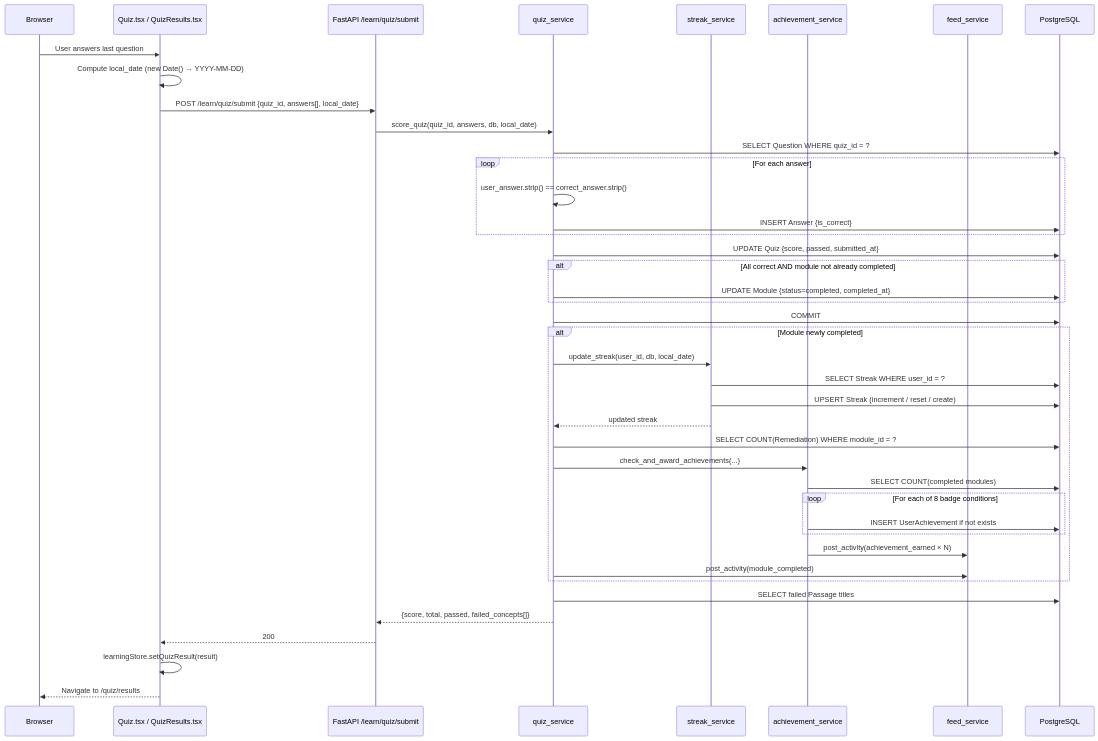
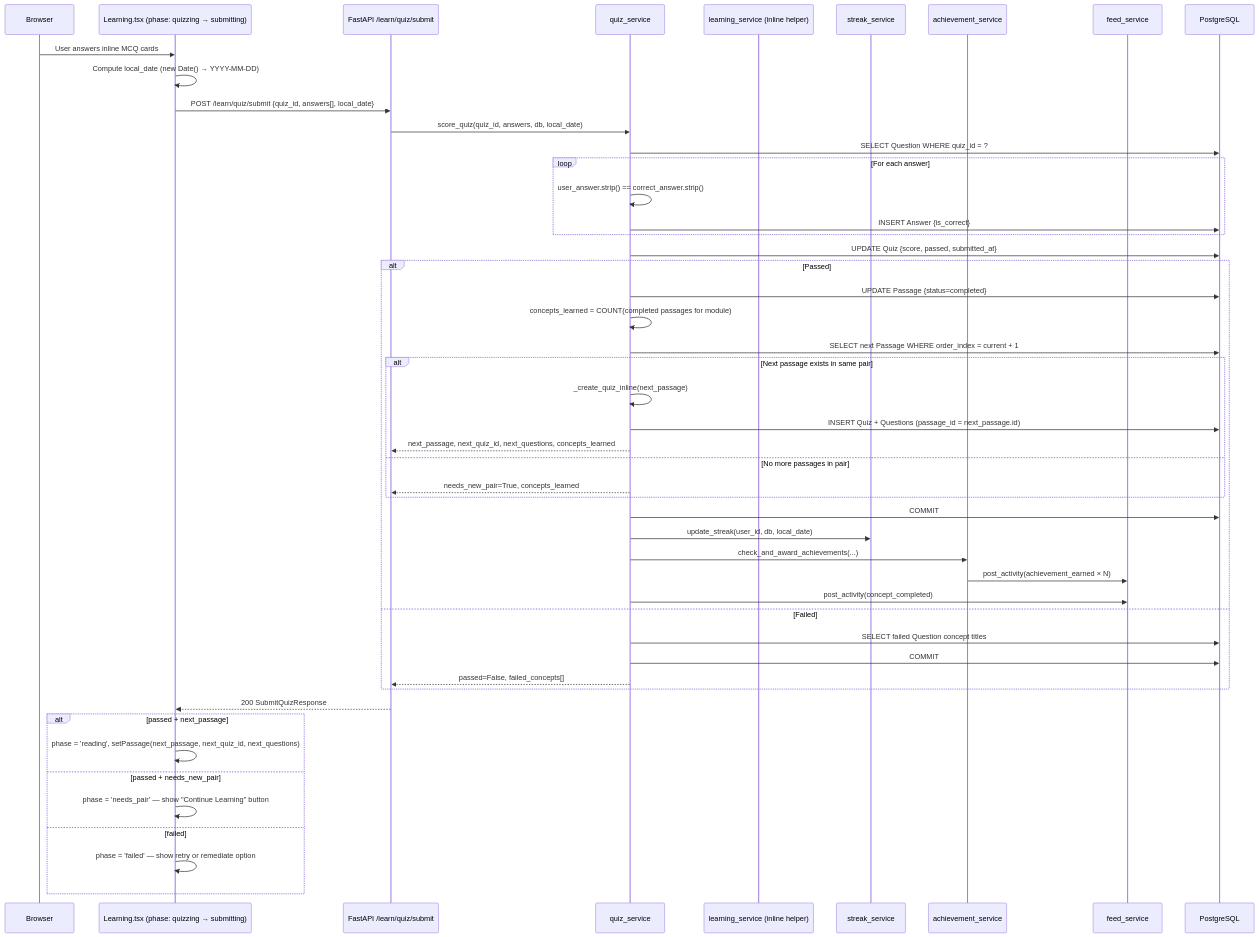
The fifth of 8 diagrams in SYSTEM_BREAKDOWN.md (Raahul-G/MasterMindAI), drawn with Mermaid before and after one commit. The commit also changed other lines of this file and 16 other files, not shown here.

````diff
--- a/SYSTEM_BREAKDOWN.md
+++ b/SYSTEM_BREAKDOWN.md
@@ -553,45 +589,52 @@
 ```mermaid
 sequenceDiagram
     participant Browser
-    participant React as Quiz.tsx / QuizResults.tsx
+    participant React as Learning.tsx (phase: quizzing → submitting)
     participant API as FastAPI /learn/quiz/submit
     participant QuizSvc as quiz_service
+    participant LearnSvc as learning_service (inline helper)
     participant StreakSvc as streak_service
     participant AchSvc as achievement_service
     participant FeedSvc as feed_service
     participant DB as PostgreSQL
 
-    Browser->>React: User answers last question
+    Browser->>React: User answers inline MCQ cards
     React->>React: Compute local_date (new Date() → YYYY-MM-DD)
     React->>API: POST /learn/quiz/submit {quiz_id, answers[], local_date}
     API->>QuizSvc: score_quiz(quiz_id, answers, db, local_date)
     QuizSvc->>DB: SELECT Question WHERE quiz_id = ?
     loop For each answer
         QuizSvc->>QuizSvc: user_answer.strip() == correct_answer.strip()
         QuizSvc->>DB: INSERT Answer {is_correct}
     end
     QuizSvc->>DB: UPDATE Quiz {score, passed, submitted_at}
-    alt All correct AND module not already completed
-        QuizSvc->>DB: UPDATE Module {status=completed, completed_at}
+    alt Passed
+        QuizSvc->>DB: UPDATE Passage {status=completed}
+        QuizSvc->>QuizSvc: concepts_learned = COUNT(completed passages for module)
+        QuizSvc->>DB: SELECT next Passage WHERE order_index = current + 1
+        alt Next passage exists in same pair
+            QuizSvc->>QuizSvc: _create_quiz_inline(next_passage)
+            QuizSvc->>DB: INSERT Quiz + Questions (passage_id = next_passage.id)
+            QuizSvc-->>API: next_passage, next_quiz_id, next_questions, concepts_learned
+        else No more passages in pair
+            QuizSvc-->>API: needs_new_pair=True, concepts_learned
+        end
+        QuizSvc->>DB: COMMIT
+        QuizSvc->>StreakSvc: update_streak(user_id, db, local_date)
+        QuizSvc->>AchSvc: check_and_award_achievements(...)
+        AchSvc->>FeedSvc: post_activity(achievement_earned × N)
+        QuizSvc->>FeedSvc: post_activity(concept_completed)
+    else Failed
+        QuizSvc->>DB: SELECT failed Question concept titles
+        QuizSvc->>DB: COMMIT
+        QuizSvc-->>API: passed=False, failed_concepts[]
     end
-    QuizSvc->>DB: COMMIT
-    alt Module newly completed
-        QuizSvc->>StreakSvc: update_streak(user_id, db, local_date)
-        StreakSvc->>DB: SELECT Streak WHERE user_id = ?
-        StreakSvc->>DB: UPSERT Streak (increment / reset / create)
-        StreakSvc-->>QuizSvc: updated streak
-        QuizSvc->>DB: SELECT COUNT(Remediation) WHERE module_id = ?
-        QuizSvc->>AchSvc: check_and_award_achievements(...)
-        AchSvc->>DB: SELECT COUNT(completed modules)
-        loop For each of 8 badge conditions
-            AchSvc->>DB: INSERT UserAchievement if not exists
-        end
-        AchSvc->>FeedSvc: post_activity(achievement_earned × N)
-        QuizSvc->>FeedSvc: post_activity(module_completed)
+    API-->>React: 200 SubmitQuizResponse
+    alt passed + next_passage
+        React->>React: phase = 'reading', setPassage(next_passage, next_quiz_id, next_questions)
+    else passed + needs_new_pair
+        React->>React: phase = 'needs_pair' — show "Continue Learning" button
+    else failed
+        React->>React: phase = 'failed' — show retry or remediate option
     end
-    QuizSvc->>DB: SELECT failed Passage titles
-    QuizSvc-->>API: {score, total, passed, failed_concepts[]}
-    API-->>React: 200
-    React->>React: learningStore.setQuizResult(result)
-    React-->>Browser: Navigate to /quiz/results
 ```
````
